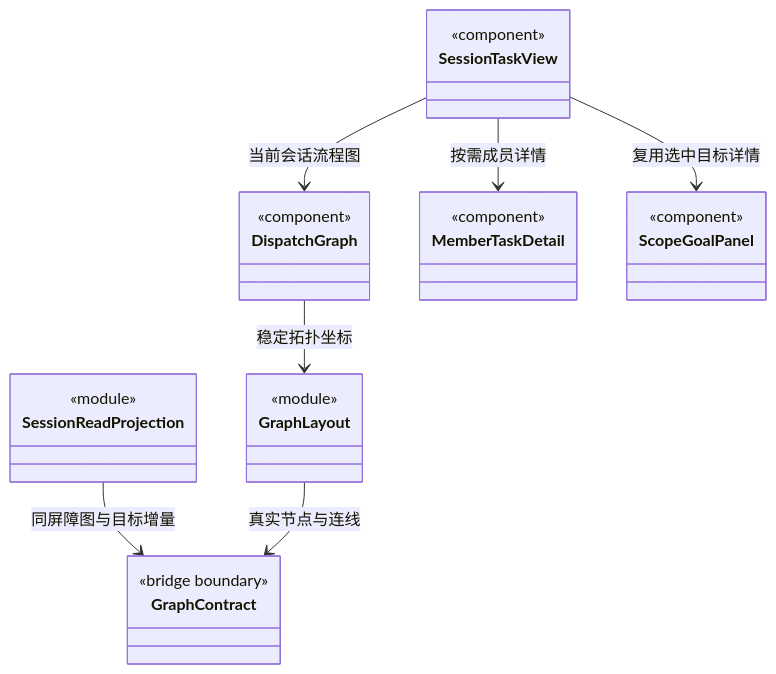
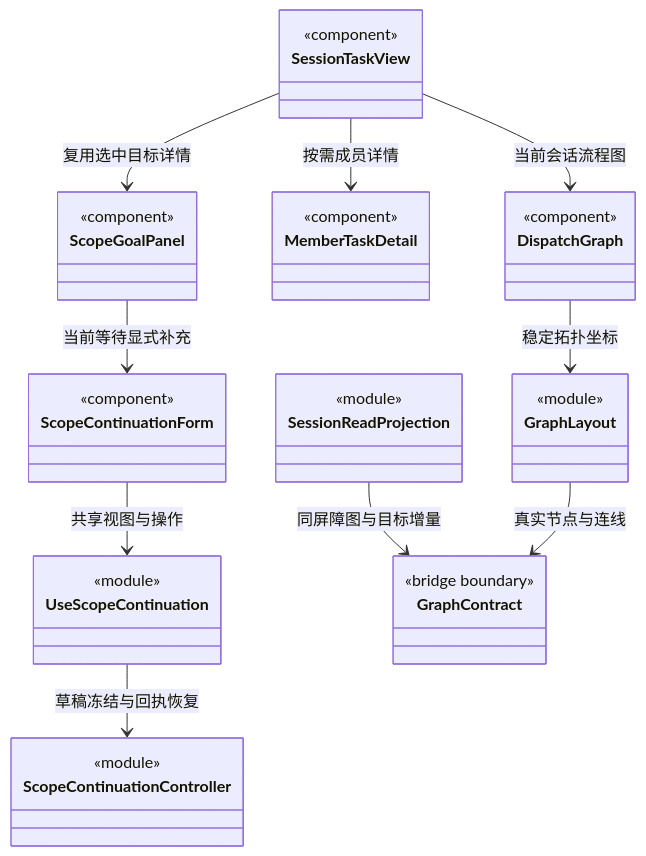
Before and after one commit to nan023062/cbim: the diagram in src/frontend/tasks/CONTRACT.md, drawn with Mermaid. The commit also changed other lines of this file and 60 other files, not shown here.

````diff
--- a/src/frontend/tasks/CONTRACT.md
+++ b/src/frontend/tasks/CONTRACT.md
@@ -64,16 +76,22 @@
 ```mermaid
 classDiagram
 class SessionTaskView { <<component>> }
 class DispatchGraph { <<component>> }
 class GraphLayout { <<module>> }
 class MemberTaskDetail { <<component>> }
 class ScopeGoalPanel { <<component>> }
+class ScopeContinuationForm { <<component>> }
+class ScopeContinuationController { <<module>> }
+class UseScopeContinuation { <<module>> }
 class SessionReadProjection { <<module>> }
 class GraphContract { <<bridge boundary>> }
 SessionTaskView --> DispatchGraph : 当前会话流程图
 SessionTaskView --> MemberTaskDetail : 按需成员详情
 SessionTaskView --> ScopeGoalPanel : 复用选中目标详情
+ScopeGoalPanel --> ScopeContinuationForm : 当前等待显式补充
+ScopeContinuationForm --> UseScopeContinuation : 共享视图与操作
+UseScopeContinuation --> ScopeContinuationController : 草稿冻结与回执恢复
 SessionReadProjection --> GraphContract : 同屏障图与目标增量
 DispatchGraph --> GraphLayout : 稳定拓扑坐标
 GraphLayout --> GraphContract : 真实节点与连线
 ```
````
